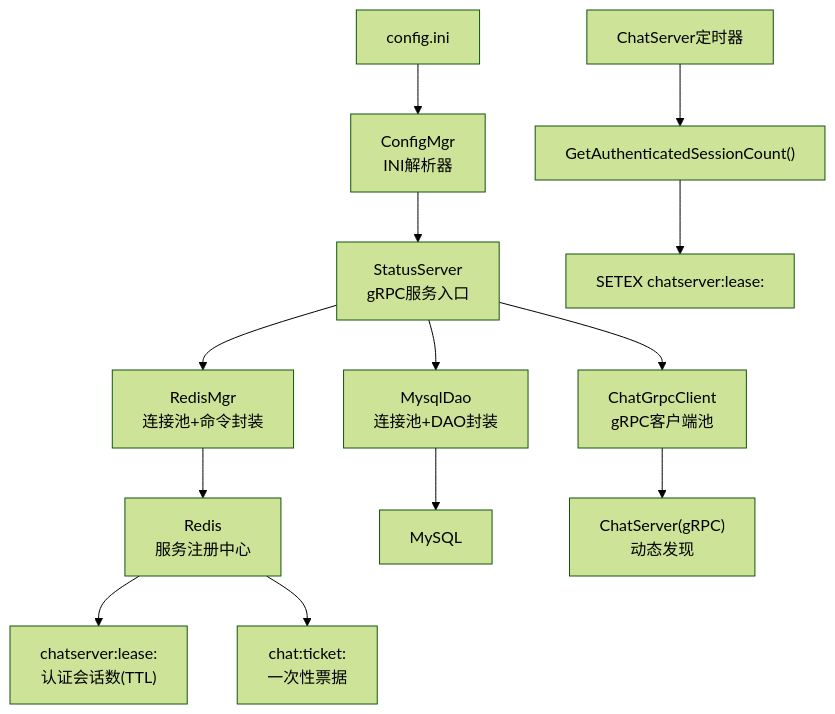
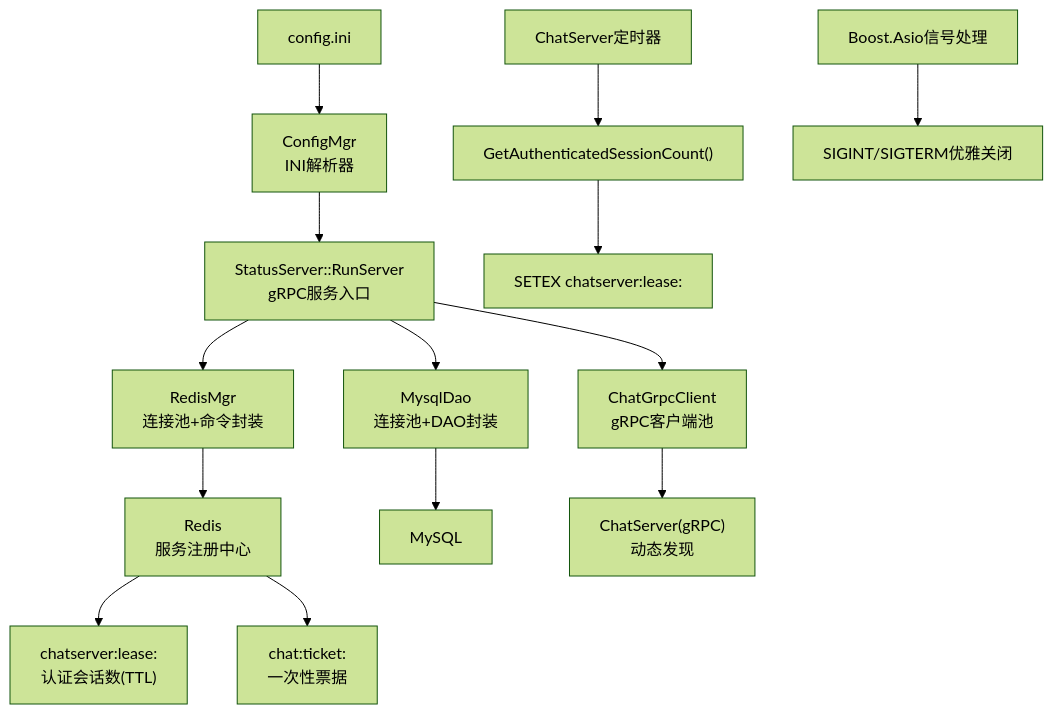
One commit to echo9923/mychatter changed the first of 4 diagrams in .qoder/repowiki/zh/content/部署运维/服务部署/服务配置/StatusServer状态服务配置.md. Above: the diagram before and after it, drawn with Mermaid (forest theme). The commit also changed other lines of this file and 58 other files, not shown here.

````diff
--- a/.qoder/repowiki/zh/content/部署运维/服务部署/服务配置/StatusServer状态服务配置.md
+++ b/.qoder/repowiki/zh/content/部署运维/服务部署/服务配置/StatusServer状态服务配置.md
@@ -53,15 +52,16 @@
 ```mermaid
 graph TB
 A["config.ini"] --> B["ConfigMgr<br/>INI解析器"]
-B --> C["StatusServer<br/>gRPC服务入口"]
+B --> C["StatusServer::RunServer<br/>gRPC服务入口"]
 C --> D["RedisMgr<br/>连接池+命令封装"]
 C --> E["MysqlDao<br/>连接池+DAO封装"]
 C --> F["ChatGrpcClient<br/>gRPC客户端池"]
 D --> G["Redis<br/>服务注册中心"]
 E --> H["MySQL"]
 F --> I["ChatServer(gRPC)<br/>动态发现"]
 G --> J["chatserver:lease:<name><br/>认证会话数(TTL)"]
 G --> K["chat:ticket:<uuid><br/>一次性票据"]
 L["ChatServer定时器"] --> M["GetAuthenticatedSessionCount()"]
 M --> N["SETEX chatserver:lease:<name>"]
+O["Boost.Asio信号处理"] --> P["SIGINT/SIGTERM优雅关闭"]
 ```
````
